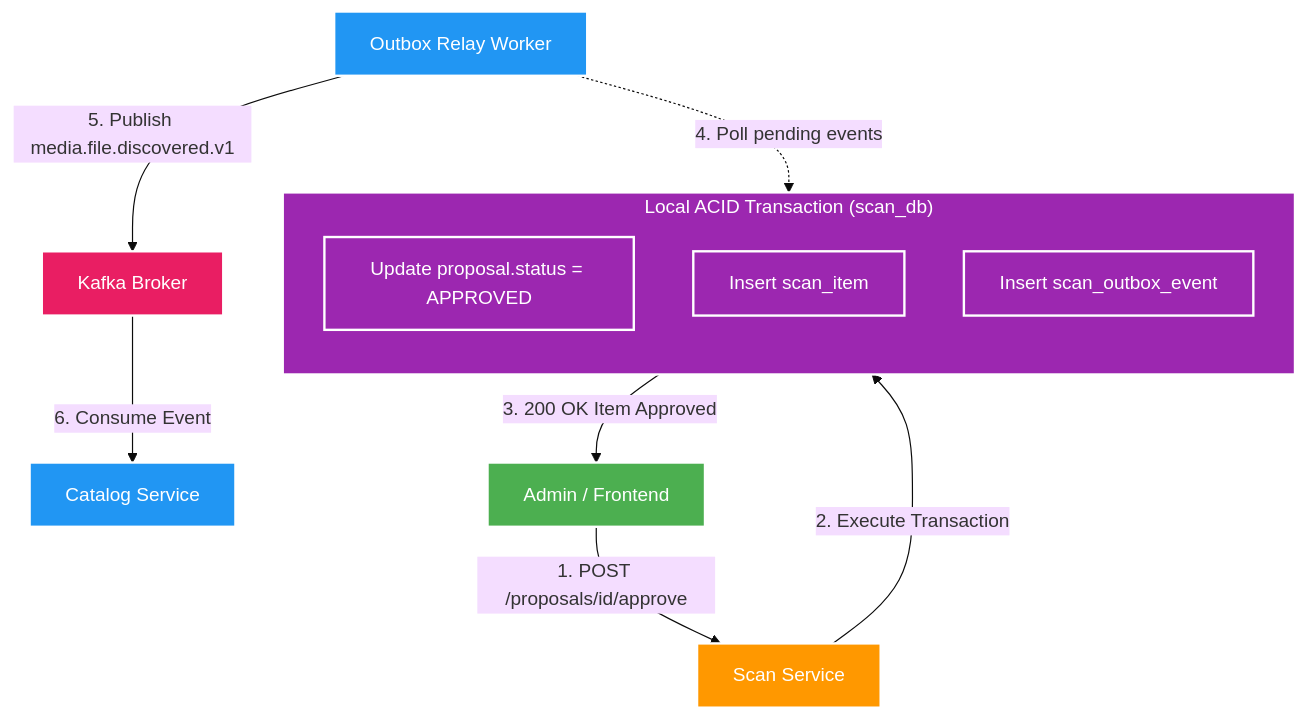
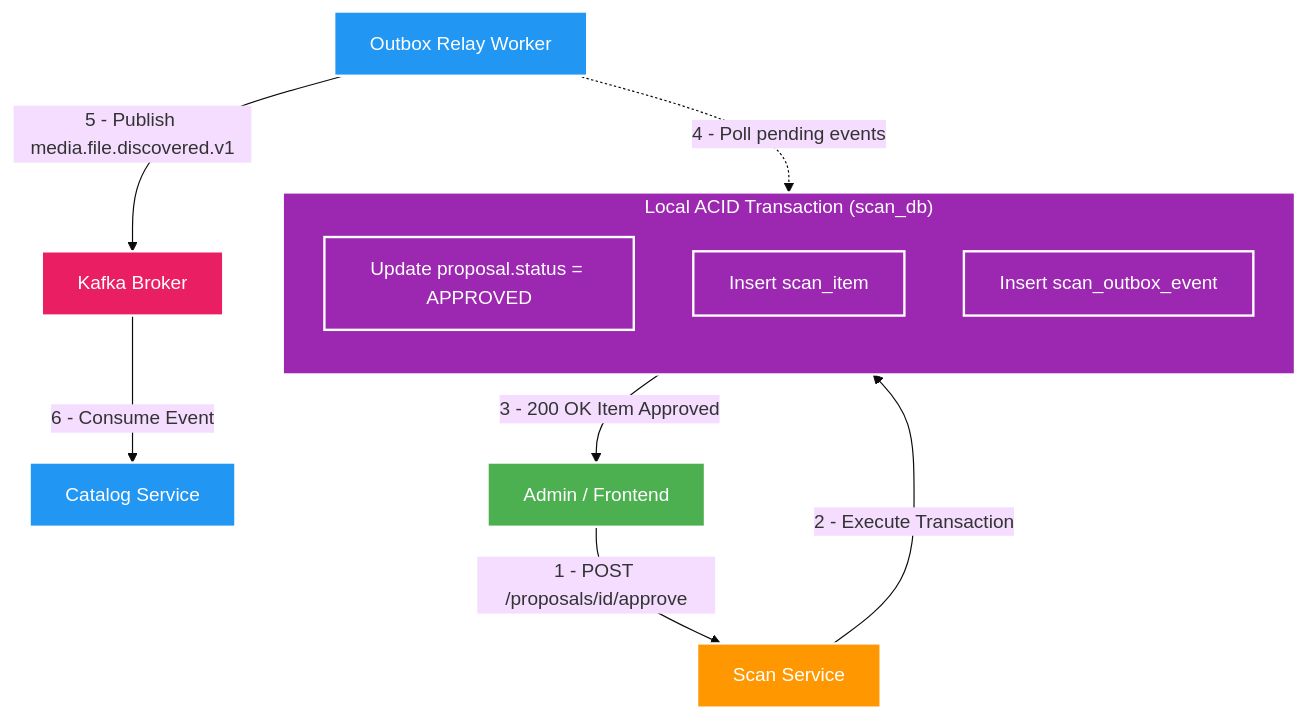
The diagram in manual/learning/deep-dive/scan-service/02-approval-and-outbox-flow.md (HungPhan200591/file-mngt-be-v2), drawn with Mermaid (base theme) before and after one commit. The commit also changed 5 other files, not shown here.

Commit message:
docs: add technical documentation for scan-service, outbox pattern, and observability, and implement a mermaid-styling agent skill.

````diff
--- a/manual/learning/deep-dive/scan-service/02-approval-and-outbox-flow.md
+++ b/manual/learning/deep-dive/scan-service/02-approval-and-outbox-flow.md
@@ -14,28 +14,28 @@
 ```mermaid
 flowchart TB
-    FE["<font color='white'>Admin / Frontend</font>"] -->|"1. POST /proposals/id/approve"| SS["<font color='white'>Scan Service</font>"]
+    FE["<font color='white'>Admin / Frontend</font>"] -->|"1 - POST /proposals/id/approve"| SS["<font color='white'>Scan Service</font>"]
     
     subgraph TX["<font color='white'>Local ACID Transaction (scan_db)</font>"]
         direction TB
         S1["<font color='white'>Update proposal.status = APPROVED</font>"]
         S2["<font color='white'>Insert scan_item</font>"]
         S3["<font color='white'>Insert scan_outbox_event</font>"]
     end
     
-    SS -->|"2. Execute Transaction"| TX
-    TX -->|"3. 200 OK Item Approved"| FE
+    SS -->|"2 - Execute Transaction"| TX
+    TX -->|"3 - 200 OK Item Approved"| FE
     
-    Relay["<font color='white'>Outbox Relay Worker</font>"] -.->|"4. Poll pending events"| S3
-    Relay -->|"5. Publish media.file.discovered.v1"| Broker["<font color='white'>Kafka Broker</font>"]
-    Broker -->|"6. Consume Event"| CS["<font color='white'>Catalog Service</font>"]
+    Relay["<font color='white'>Outbox Relay Worker</font>"] -.->|"4 - Poll pending events"| S3
+    Relay -->|"5 - Publish media.file.discovered.v1"| Broker["<font color='white'>Kafka Broker</font>"]
+    Broker -->|"6 - Consume Event"| CS["<font color='white'>Catalog Service</font>"]
 
     style FE fill:#4CAF50,stroke:#fff,stroke-width:2px
     style SS fill:#FF9800,stroke:#fff,stroke-width:2px
     style TX fill:#9C27B0,stroke:#fff,stroke-width:2px
     style S1 fill:#9C27B0,stroke:#fff,stroke-width:2px
     style S2 fill:#9C27B0,stroke:#fff,stroke-width:2px
     style S3 fill:#9C27B0,stroke:#fff,stroke-width:2px
     style Relay fill:#2196F3,stroke:#fff,stroke-width:2px
     style Broker fill:#E91E63,stroke:#fff,stroke-width:2px
     style CS fill:#2196F3,stroke:#fff,stroke-width:2px
 ```
````
